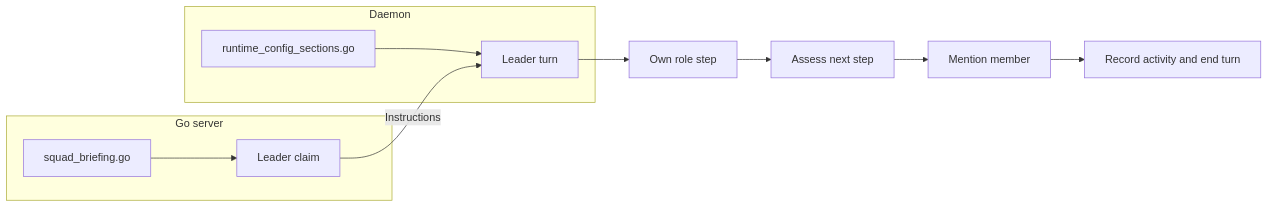
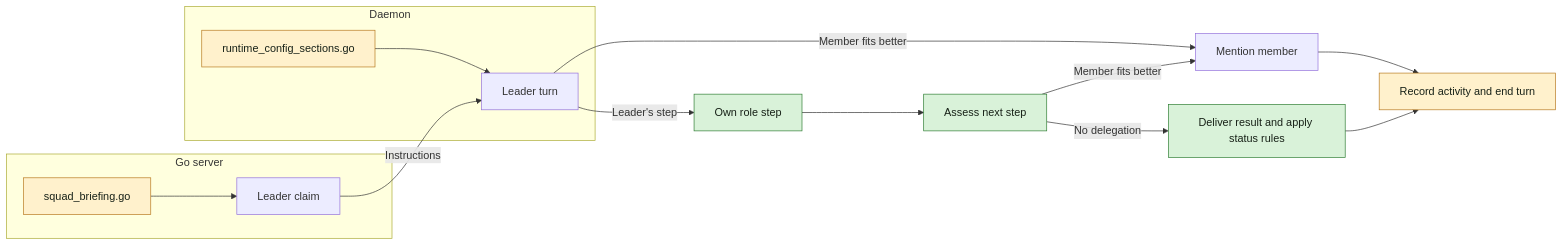
One commit to appboypov/multica changed the diagram in specs/openspec/changes/squad-lead-own-steps/design.md. Above: the diagram before and after it, drawn with Mermaid. The commit also changed 1 other file, not shown here.

Commit message:
docs(specs): add delegation and own-delivery branches to diagrams (WORK-1253)

````diff
--- a/specs/openspec/changes/squad-lead-own-steps/design.md
+++ b/specs/openspec/changes/squad-lead-own-steps/design.md
@@ -3,18 +3,23 @@
 ```mermaid
 flowchart LR
+  classDef new fill:#d9f2d9,stroke:#2e7d32,color:#172117
+  classDef changed fill:#fff1cc,stroke:#b7791f,color:#172117
   subgraph server[Go server]
-    protocol[squad_briefing.go]
+    protocol[squad_briefing.go]:::changed
     claim[Leader claim]
     protocol --> claim
   end
   subgraph daemon[Daemon]
-    workflow[runtime_config_sections.go]
+    workflow[runtime_config_sections.go]:::changed
     turn[Leader turn]
     workflow --> turn
   end
   claim -->|Instructions| turn
-  turn --> own[Own role step]
-  own --> next[Assess next step]
-  next --> delegate[Mention member]
-  delegate --> stop[Record activity and end turn]
+  turn -->|Leader's step| own[Own role step]:::new
+  turn -->|Member fits better| delegate[Mention member]
+  own --> next[Assess next step]:::new
+  next -->|Member fits better| delegate
+  next -->|No delegation| deliver[Deliver result and apply status rules]:::new
+  delegate --> stop[Record activity and end turn]:::changed
+  deliver --> stop
 ```
````
